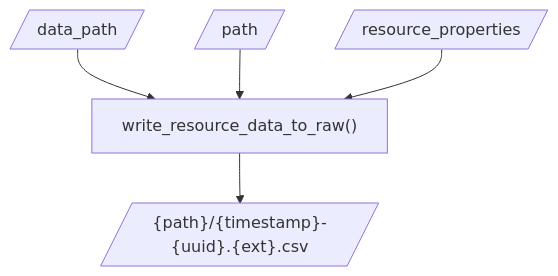
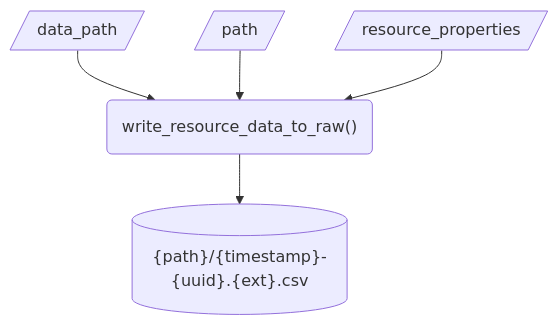
The diagram in docs/design/interface/python-functions.qmd (seedcase-project/seedcase-sprout), drawn with Mermaid before and after one commit.

Commit message:
docs: :bug: need to use features specific to Mermaid version

````diff
--- a/docs/design/interface/python-functions.qmd
+++ b/docs/design/interface/python-functions.qmd
@@ -153,12 +153,12 @@
 ```{mermaid}
 flowchart
-    in_data_path@{shape: lean-r, label: "data_path"}
-    in_path@{shape: lean-r, label: "path"}
-    in_properties@{shape: lean-r, label: "resource_properties"}
-    function@{shape: rect, label: "write_resource_data_to_raw()"}
-    out@{shape: lean-r, label: "{path}/{timestamp}-{uuid}.{ext}.csv"}
+    in_data_path[/data_path/]
+    in_path[/path/]
+    in_properties[/resource_properties/]
+    function("write_resource_data_to_raw()")
+    out[("{path}/{timestamp}-{uuid}.{ext}.csv")]
     in_data_path --> function
     in_path --> function
     in_properties --> function
     function --> out
 ```
````
